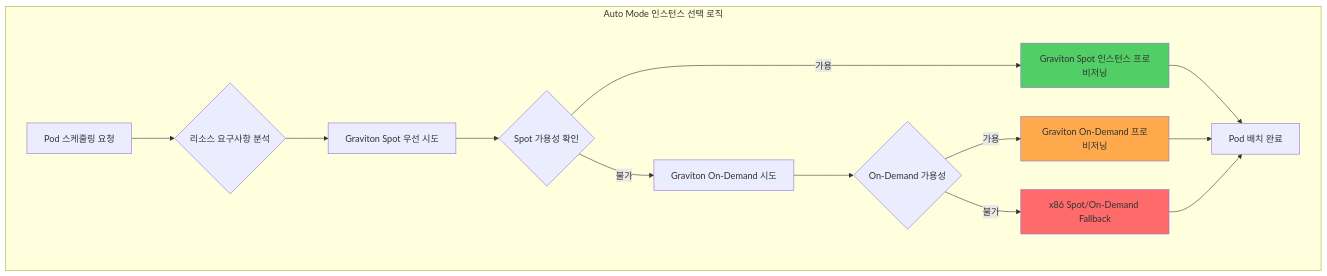
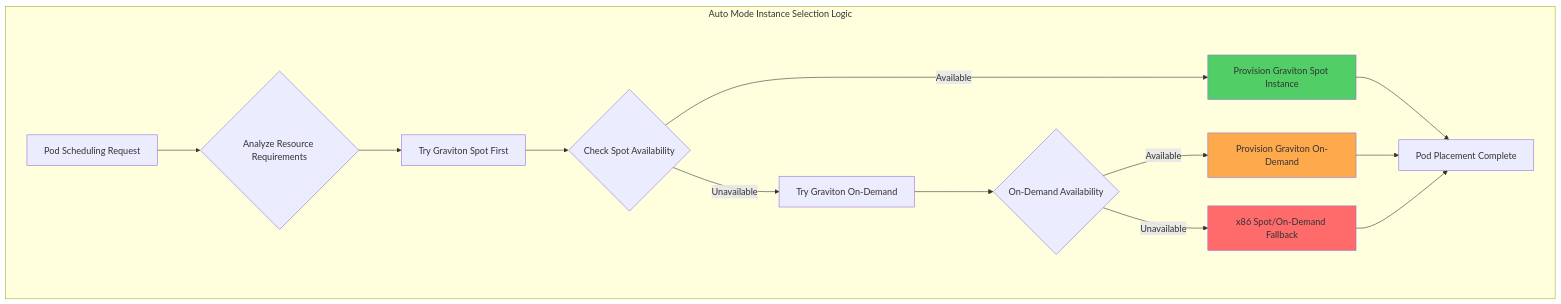
The second of 16 diagrams in i18n/en/docusaurus-plugin-content-docs/current/eks-best-practices/resource-cost/eks-resource-optimization.md (devfloor9/engineering-playbook), drawn with Mermaid before and after one commit. The commit also changed other lines of this file and 16 other files, not shown here.

````diff
--- a/i18n/en/docusaurus-plugin-content-docs/current/eks-best-practices/resource-cost/eks-resource-optimization.md
+++ b/i18n/en/docusaurus-plugin-content-docs/current/eks-best-practices/resource-cost/eks-resource-optimization.md
@@ -452,21 +452,21 @@
 ```mermaid
 graph TB
-    subgraph "Auto Mode 인스턴스 선택 로직"
-        A[Pod 스케줄링 요청] --> B{리소스 요구사항 분석}
-        B --> C[Graviton Spot 우선 시도]
-        C --> D{Spot 가용성 확인}
-        D -->|가용| E[Graviton Spot 인스턴스 프로비저닝]
-        D -->|불가| F[Graviton On-Demand 시도]
-        F --> G{On-Demand 가용성}
-        G -->|가용| H[Graviton On-Demand 프로비저닝]
-        G -->|불가| I[x86 Spot/On-Demand Fallback]
+    subgraph "Auto Mode Instance Selection Logic"
+        A[Pod Scheduling Request] --> B{Analyze Resource Requirements}
+        B --> C[Try Graviton Spot First]
+        C --> D{Check Spot Availability}
+        D -->|Available| E[Provision Graviton Spot Instance]
+        D -->|Unavailable| F[Try Graviton On-Demand]
+        F --> G{On-Demand Availability}
+        G -->|Available| H[Provision Graviton On-Demand]
+        G -->|Unavailable| I[x86 Spot/On-Demand Fallback]
 
-        E --> J[Pod 배치 완료]
+        E --> J[Pod Placement Complete]
         H --> J
         I --> J
     end
 
     style E fill:#51cf66
     style H fill:#ffa94d
     style I fill:#ff6b6b
 ```
````
